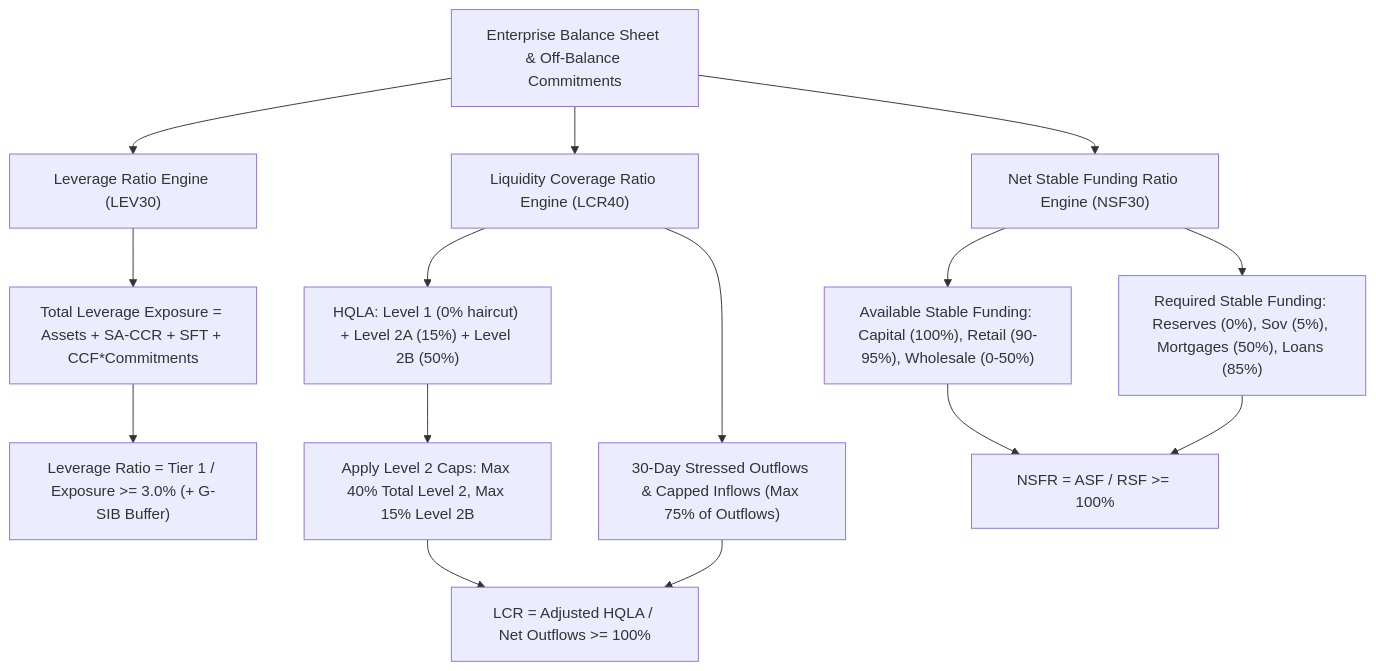
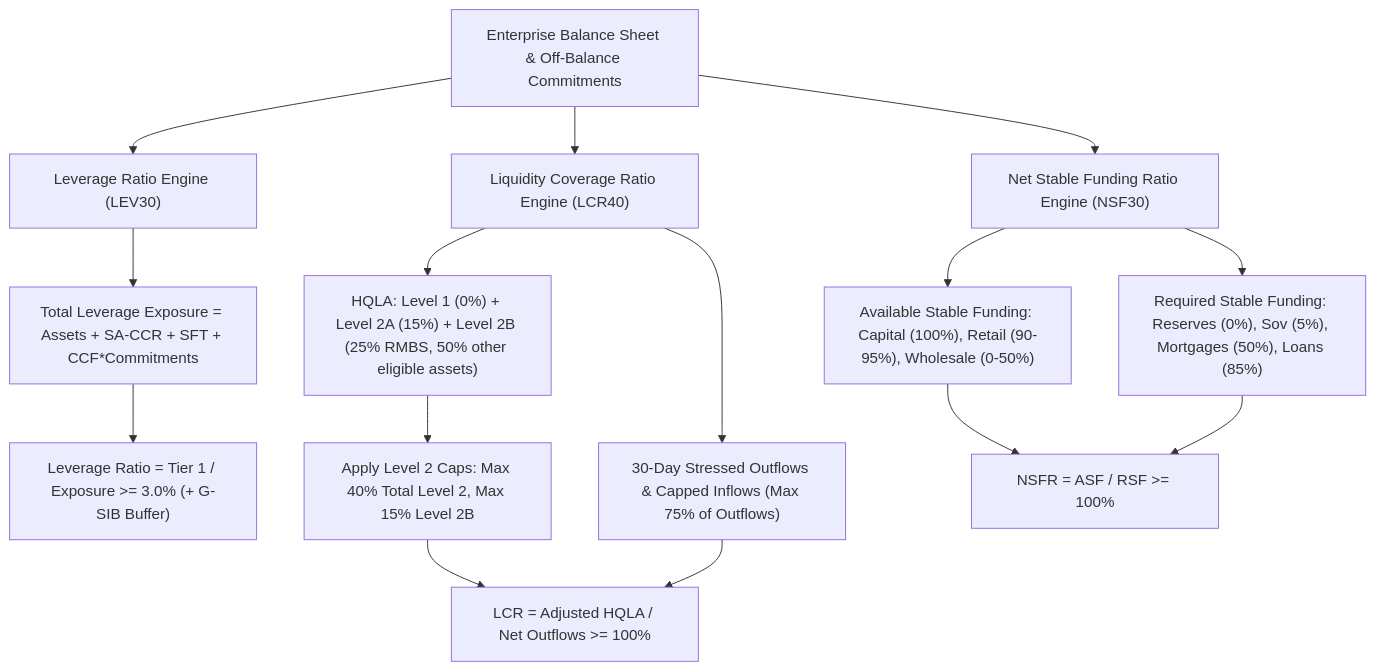
One commit to shreejitverma/The-Quant-Prep changed the diagram in 17-Regulatory-Capital-Basel-and-FRTB/15-Leverage-Ratio-and-Liquidity-Ratios-LCR-and-NSFR.md. Above: the diagram before and after it, drawn with Mermaid. The commit also changed other lines of this file and 3 other files, not shown here.

````diff
--- a/17-Regulatory-Capital-Basel-and-FRTB/15-Leverage-Ratio-and-Liquidity-Ratios-LCR-and-NSFR.md
+++ b/17-Regulatory-Capital-Basel-and-FRTB/15-Leverage-Ratio-and-Liquidity-Ratios-LCR-and-NSFR.md
@@ -149,18 +150,18 @@
 ```mermaid
 flowchart TD
     A["Enterprise Balance Sheet & Off-Balance Commitments"] --> B["Leverage Ratio Engine (LEV30)"]
     A --> C["Liquidity Coverage Ratio Engine (LCR40)"]
     A --> D["Net Stable Funding Ratio Engine (NSF30)"]
     
     B --> E["Total Leverage Exposure = Assets + SA-CCR + SFT + CCF*Commitments"]
     E --> F["Leverage Ratio = Tier 1 / Exposure >= 3.0% (+ G-SIB Buffer)"]
     
-    C --> G["HQLA: Level 1 (0% haircut) + Level 2A (15%) + Level 2B (50%)"]
+    C --> G["HQLA: Level 1 (0%) + Level 2A (15%) + Level 2B (25% RMBS, 50% other eligible assets)"]
     G --> H["Apply Level 2 Caps: Max 40% Total Level 2, Max 15% Level 2B"]
     C --> I["30-Day Stressed Outflows & Capped Inflows (Max 75% of Outflows)"]
     H & I --> J["LCR = Adjusted HQLA / Net Outflows >= 100%"]
     
     D --> K["Available Stable Funding: Capital (100%), Retail (90-95%), Wholesale (0-50%)"]
     D --> L["Required Stable Funding: Reserves (0%), Sov (5%), Mortgages (50%), Loans (85%)"]
     K & L --> M["NSFR = ASF / RSF >= 100%"]
 ```
````
